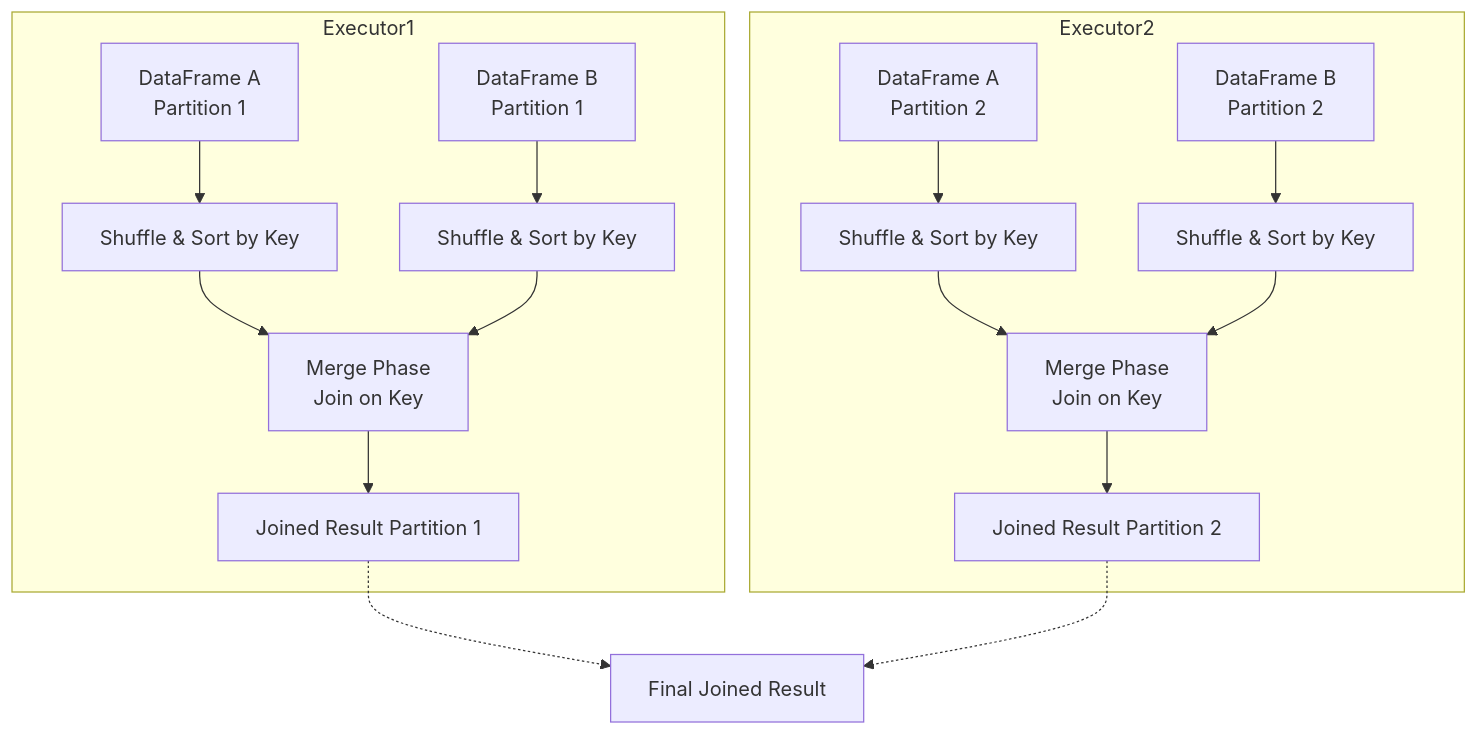
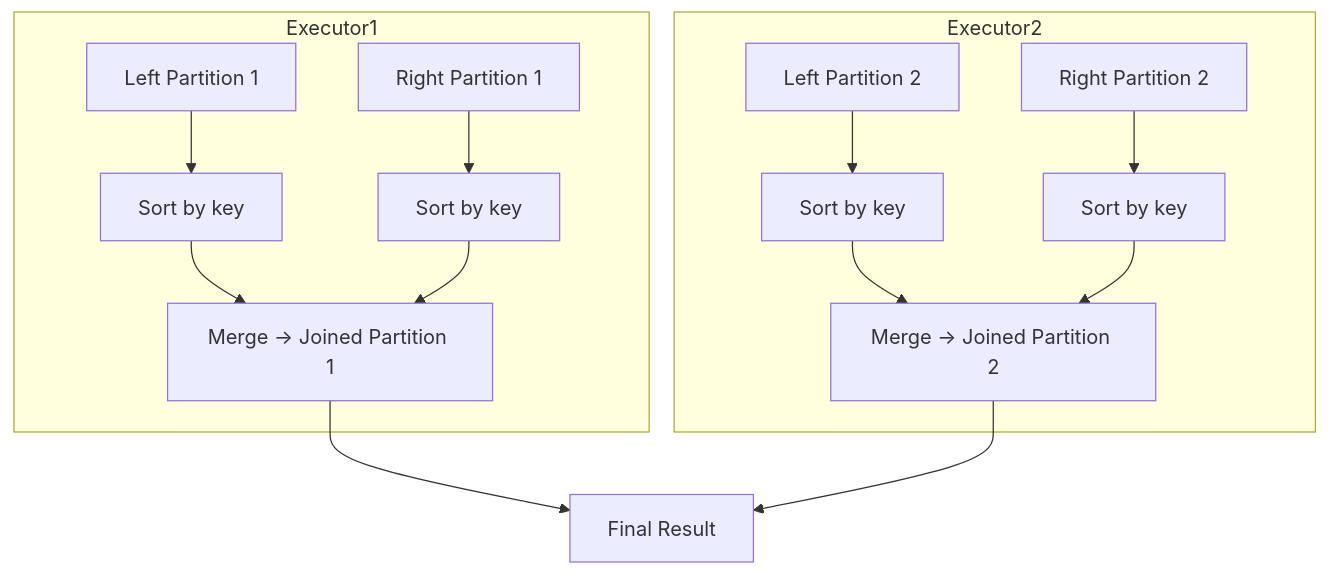
The second of 2 diagrams in spark-sql/docs/join/strategy/smj.md (mahfooziiitian/spark-batch), drawn with Mermaid before and after one commit. The commit also changed other lines of this file and 223 other files, not shown here.

````diff
--- a/spark-sql/docs/join/strategy/smj.md
+++ b/spark-sql/docs/join/strategy/smj.md
@@ -39,21 +90,19 @@
 ```mermaid
 flowchart TD
     subgraph Executor1
-        A1[DataFrame A<br>Partition 1] --> S1[Shuffle & Sort by Key]
-        B1[DataFrame B<br>Partition 1] --> S2[Shuffle & Sort by Key]
-        S1 --> M1[Merge Phase<br>Join on Key]
+        A1[Left Partition 1] --> S1[Sort by key]
+        B1[Right Partition 1] --> S2[Sort by key]
+        S1 --> M1[Merge → Joined Partition 1]
         S2 --> M1
-        M1 --> R1[Joined Result Partition 1]
     end
 
     subgraph Executor2
-        A2[DataFrame A<br>Partition 2] --> S3[Shuffle & Sort by Key]
-        B2[DataFrame B<br>Partition 2] --> S4[Shuffle & Sort by Key]
-        S3 --> M2[Merge Phase<br>Join on Key]
+        A2[Left Partition 2] --> S3[Sort by key]
+        B2[Right Partition 2] --> S4[Sort by key]
+        S3 --> M2[Merge → Joined Partition 2]
         S4 --> M2
-        M2 --> R2[Joined Result Partition 2]
     end
 
-    R1 -.-> F[Final Joined Result]
-    R2 -.-> F
+    M1 --> F[Final Result]
+    M2 --> F
 ```
````
